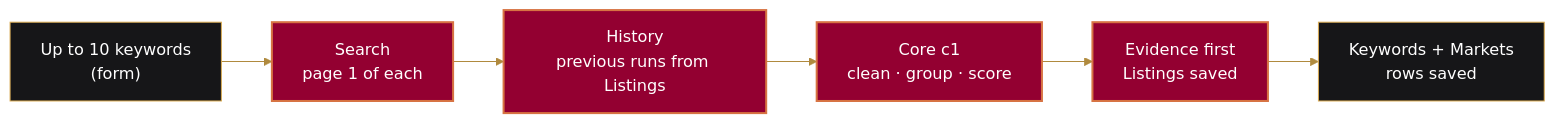
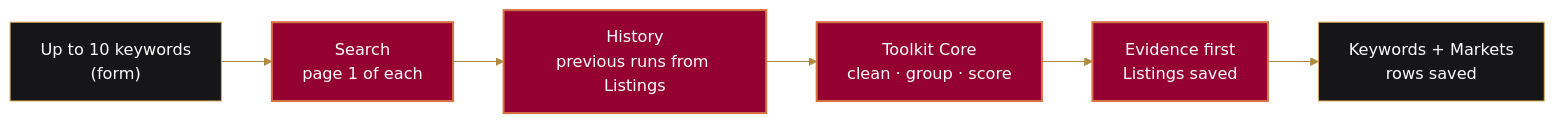
Before and after one commit to Mohib-Ur-Rehman-automation/amazon-toolkit: the diagram in i1-market-screener/README.md, drawn with Mermaid. The commit also changed other lines of this file and 28 other files, not shown here.

````diff
--- a/i1-market-screener/README.md
+++ b/i1-market-screener/README.md
@@ -33,13 +33,13 @@
 ```mermaid
 %%{init: {'theme':'base','themeVariables':{'fontFamily':'Georgia, serif','lineColor':'#B08A3E','textColor':'#1f2328','edgeLabelBackground':'#f7f5f2'}}}%%
 flowchart LR
   A["Up to 10 keywords<br/>(form)"] --> B["Search<br/>page 1 of each"]
   B --> C["History<br/>previous runs from Listings"]
-  C --> D["Core c1<br/>clean · group · score"]
+  C --> D["Toolkit Core<br/>clean · group · score"]
   D --> E["Evidence first<br/>Listings saved"]
   E --> F["Keywords + Markets<br/>rows saved"]
   classDef step fill:#930031,stroke:#D77343,stroke-width:2px,color:#ffffff;
   classDef io fill:#161618,stroke:#DAAC53,color:#ffffff;
   class A,F io;
   class B,C,D,E step;
 ```
````
